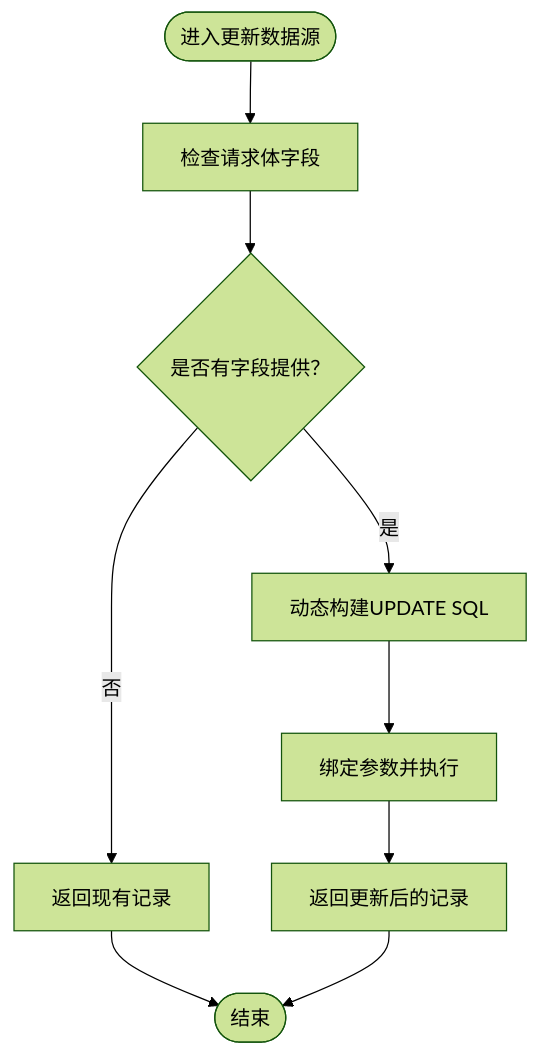
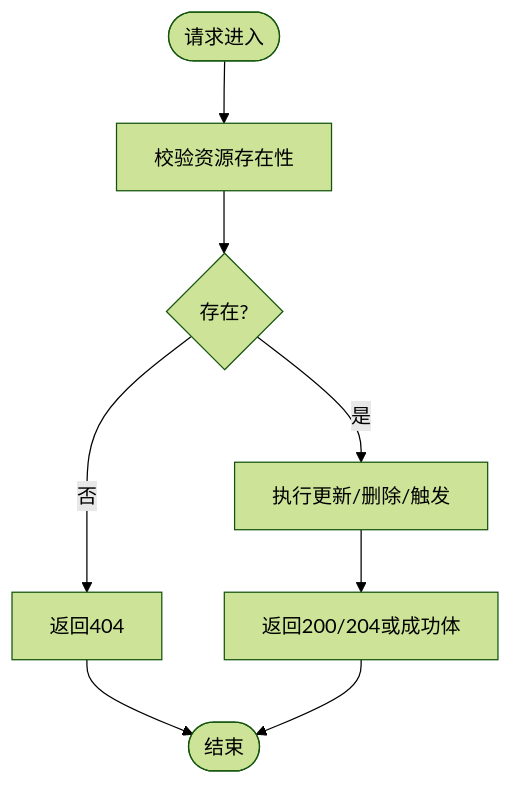
Before and after one commit to leimu-hue/AI-Trend-Tool: the fourth of 7 diagrams in .qoder/repowiki/zh/content/API接口文档/API接口文档.md, drawn with Mermaid (forest theme). The commit also changed other lines of this file and 118 other files, not shown here.

````diff
--- a/.qoder/repowiki/zh/content/API接口文档/API接口文档.md
+++ b/.qoder/repowiki/zh/content/API接口文档/API接口文档.md
@@ -208,11 +176,10 @@
 ```mermaid
 flowchart TD
-Start(["进入更新数据源"]) --> CheckFields["检查请求体字段"]
-CheckFields --> HasFields{"是否有字段提供？"}
-HasFields --> |否| ReturnExisting["返回现有记录"]
-HasFields --> |是| BuildSQL["动态构建UPDATE SQL"]
-BuildSQL --> BindParams["绑定参数并执行"]
-BindParams --> ReturnUpdated["返回更新后的记录"]
-ReturnExisting --> End(["结束"])
-ReturnUpdated --> End
+Start(["请求进入"]) --> CheckID["校验资源存在性"]
+CheckID --> Exists{"存在?"}
+Exists --> |否| NotFound["返回404"]
+Exists --> |是| Update["执行更新/删除/触发"]
+Update --> Done["返回200/204或成功体"]
+NotFound --> End(["结束"])
+Done --> End
 ```
````
